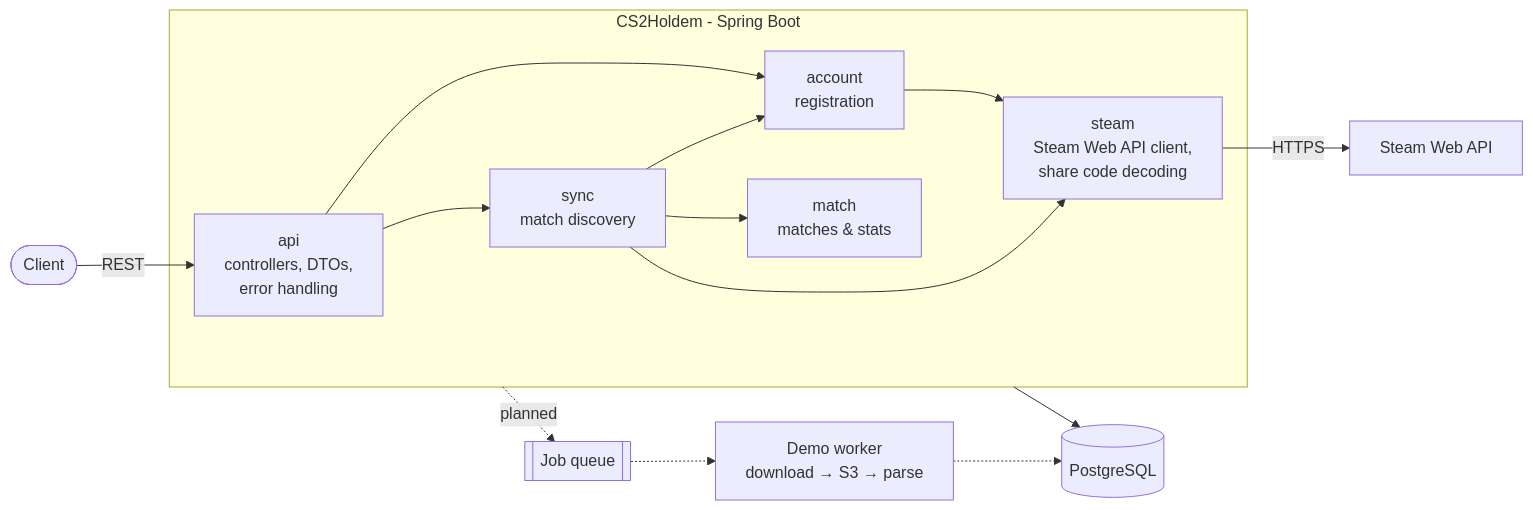
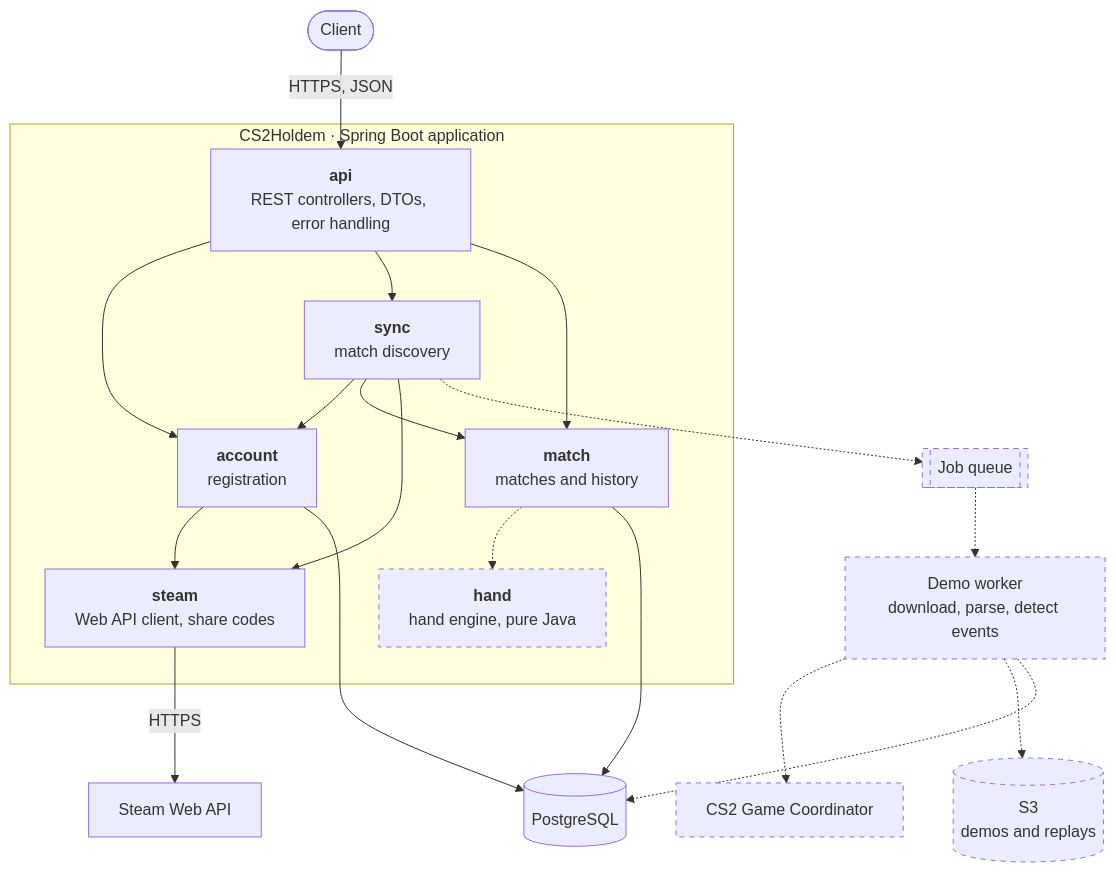
Before and after one commit to magnushagerstrom/CS2Holdem: the diagram in README.md, drawn with Mermaid. The commit also changed other lines of this file, not shown here.

Commit message:
Redraw architecture diagram: top-down layout, planned parts dashed
Adds the planned hand engine, demo worker, job queue, S3 and Game Coordinator, and draws database connections from the modules that own the data.

````diff
--- a/README.md
+++ b/README.md
@@ -102,24 +102,43 @@
 ```mermaid
-flowchart LR
-    client([Client]) -->|REST| api
+flowchart TB
+    client(["Client"])
 
-    subgraph app [CS2Holdem - Spring Boot]
-        api[api<br/>controllers, DTOs,<br/>error handling]
-        account[account<br/>registration]
-        sync[sync<br/>match discovery]
-        match[match<br/>matches & stats]
-        steam[steam<br/>Steam Web API client,<br/>share code decoding]
-        api --> account
-        api --> sync
-        sync --> account
-        sync --> match
-        sync --> steam
-        account --> steam
+    subgraph app ["CS2Holdem · Spring Boot application"]
+        api["<b>api</b><br/>REST controllers, DTOs, error handling"]
+        account["<b>account</b><br/>registration"]
+        sync["<b>sync</b><br/>match discovery"]
+        match["<b>match</b><br/>matches and history"]
+        hand["<b>hand</b><br/>hand engine, pure Java"]
+        steam["<b>steam</b><br/>Web API client, share codes"]
     end
 
-    app --> db[(PostgreSQL)]
-    steam -->|HTTPS| valve[Steam Web API]
-    app -.->|planned| queue[[Job queue]]
-    queue -.-> worker[Demo worker<br/>download → S3 → parse]
+    db[("PostgreSQL")]
+    steamapi["Steam Web API"]
+
+    queue[["Job queue"]]
+    worker["Demo worker<br/>download, parse, detect events"]
+    s3[("S3<br/>demos and replays")]
+    gc["CS2 Game Coordinator"]
+
+    client -->|HTTPS, JSON| api
+    api --> account
+    api --> sync
+    api --> match
+    sync --> account
+    sync --> match
+    sync --> steam
+    account --> steam
+    match -.-> hand
+    account --> db
+    match --> db
+    steam -->|HTTPS| steamapi
+
+    sync -.-> queue
+    queue -.-> worker
+    worker -.-> gc
+    worker -.-> s3
     worker -.-> db
+
+    classDef planned stroke-dasharray: 5 5
+    class hand,queue,worker,s3,gc planned
 ```
````
